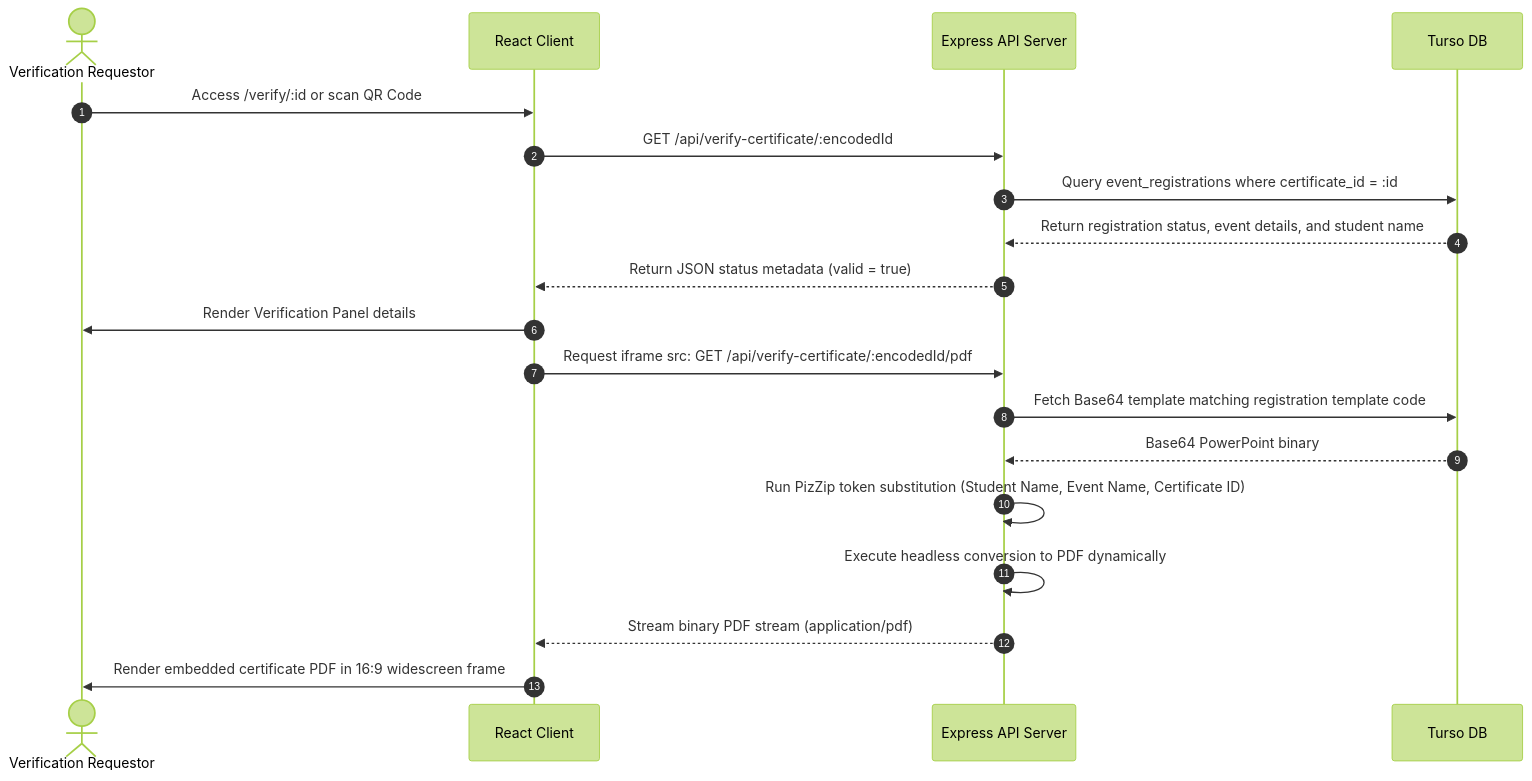
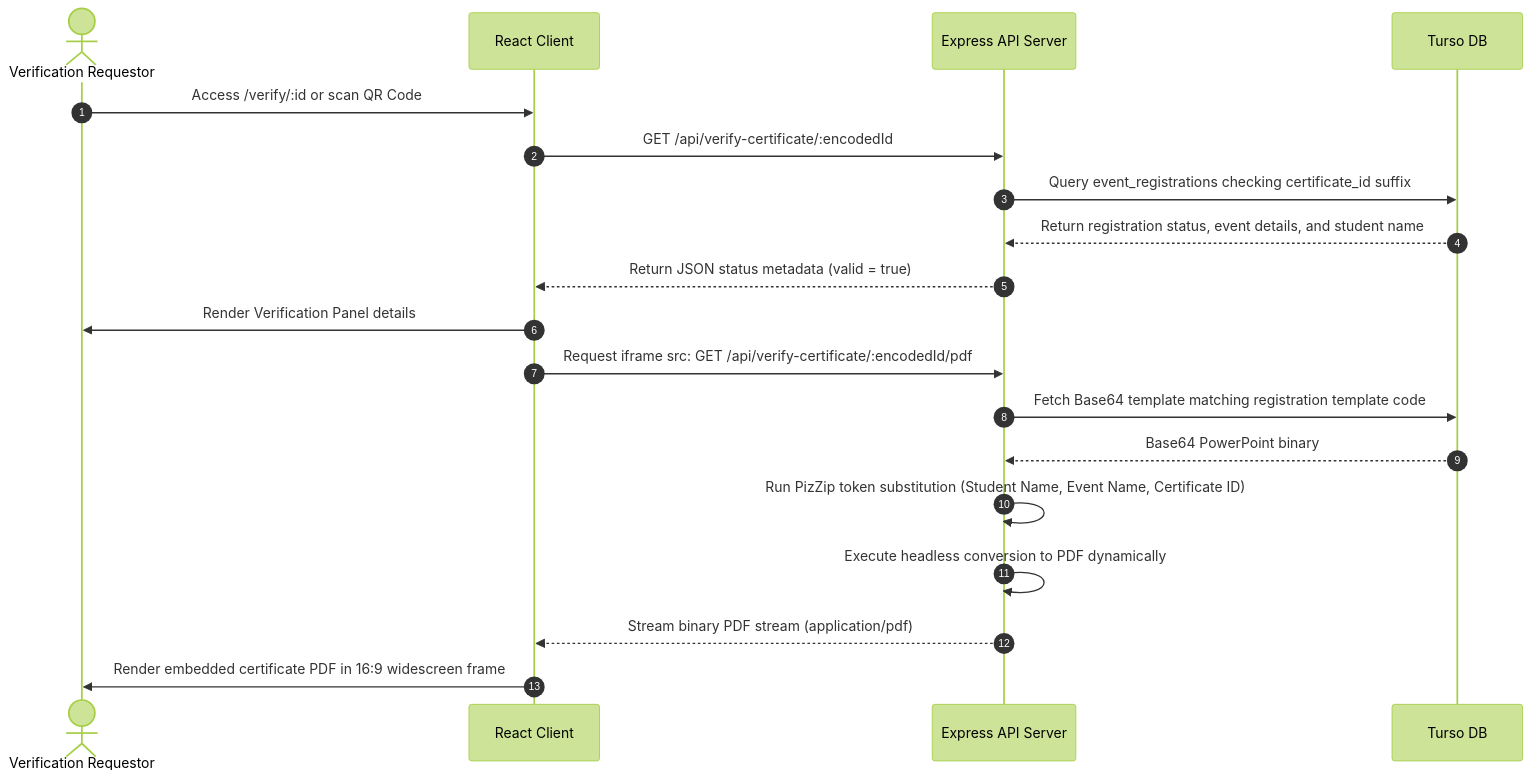
Before and after one commit to saicharan-bhuthkuri/rd: diagram 11 of 25 in README.md, drawn with Mermaid (forest theme). The commit also changed other lines of this file and 2 other files, not shown here.

Commit message:
feat: Add Certificate ID obfuscation, stateful password reset tokens, and security hardening

````diff
--- a/README.md
+++ b/README.md
@@ -740,22 +740,22 @@
 ```mermaid
 sequenceDiagram
     autonumber
     actor Visitor as Verification Requestor
     participant FE as React Client
     participant BE as Express API Server
     participant DB as Turso DB
     
     Visitor->>FE: Access /verify/:id or scan QR Code
     FE->>BE: GET /api/verify-certificate/:encodedId
-    BE->>DB: Query event_registrations where certificate_id = :id
+    BE->>DB: Query event_registrations checking certificate_id suffix
     DB-->>BE: Return registration status, event details, and student name
     BE-->>FE: Return JSON status metadata (valid = true)
     FE->>Visitor: Render Verification Panel details
     FE->>BE: Request iframe src: GET /api/verify-certificate/:encodedId/pdf
     BE->>DB: Fetch Base64 template matching registration template code
     DB-->>BE: Base64 PowerPoint binary
     BE->>BE: Run PizZip token substitution (Student Name, Event Name, Certificate ID)
     BE->>BE: Execute headless conversion to PDF dynamically
     BE-->>FE: Stream binary PDF stream (application/pdf)
     FE->>Visitor: Render embedded certificate PDF in 16:9 widescreen frame
 ```
````
